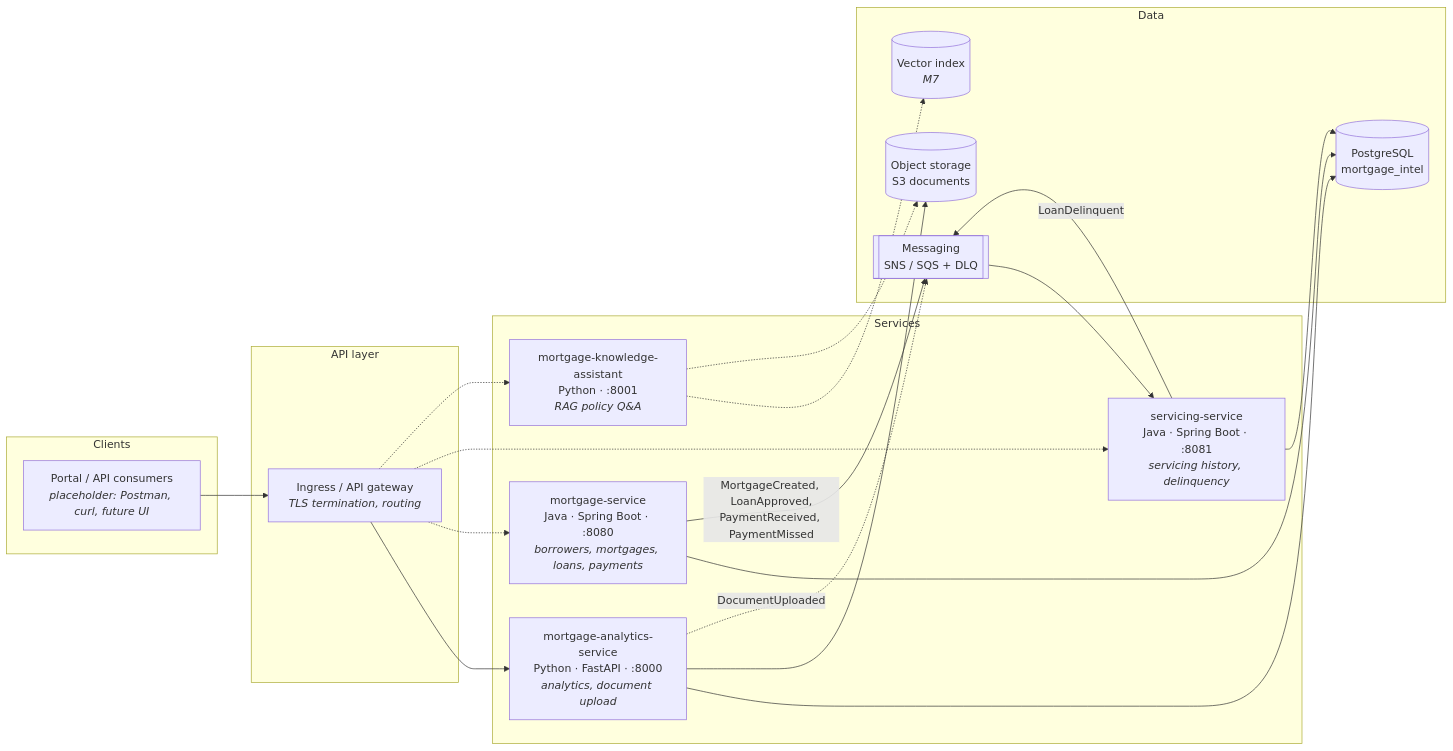
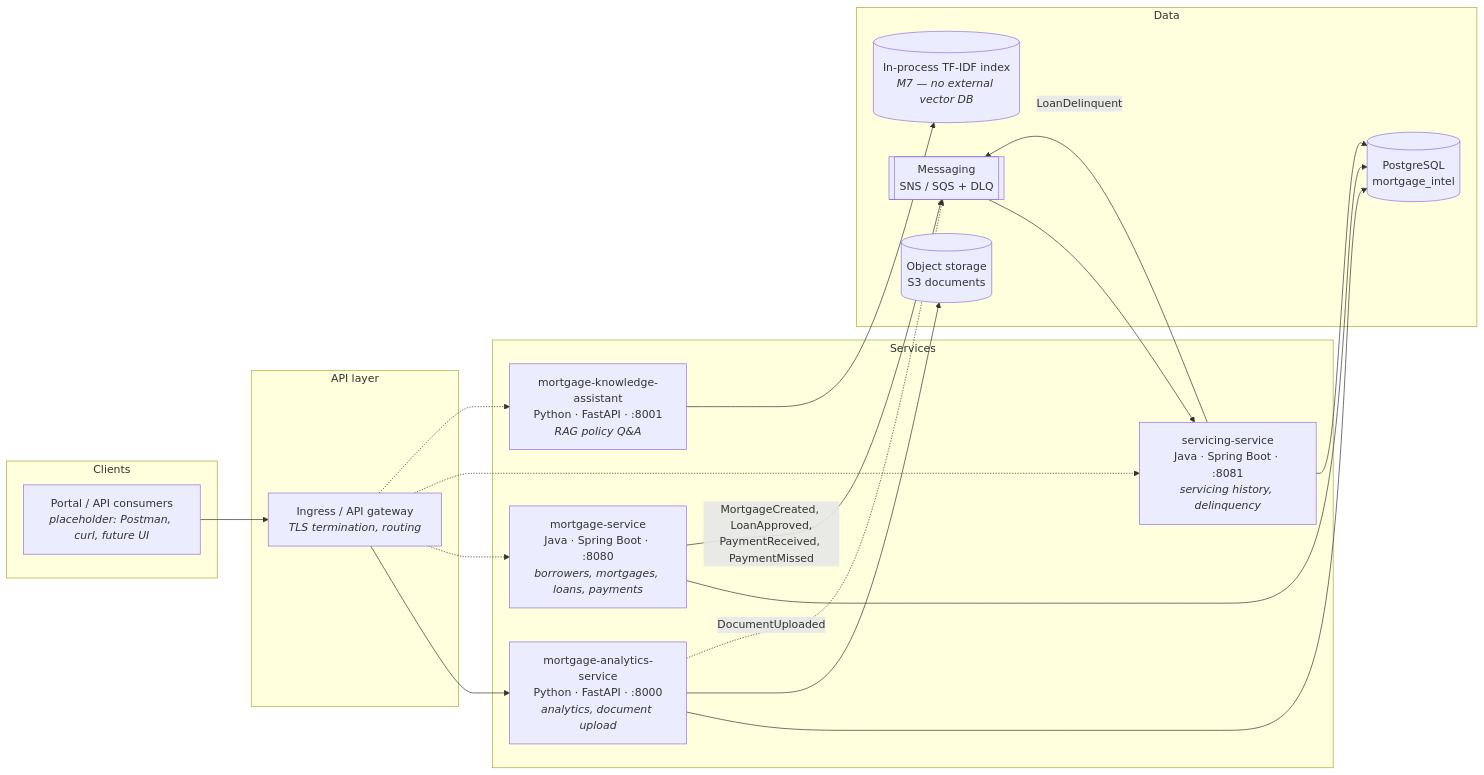
One commit to jeevssx/mortgage-intelligence-platform changed the diagram in docs/architecture/application-architecture.md. Above: the diagram before and after it, drawn with Mermaid. The commit also changed other lines of this file and 4 other files, not shown here.

First line of the commit message:
docs(m7): wire ai-assistant into compose/CI, update architecture docs

````diff
--- a/docs/architecture/application-architecture.md
+++ b/docs/architecture/application-architecture.md
@@ -5,41 +5,40 @@
 ```mermaid
 flowchart LR
     subgraph Clients
         PORTAL[Portal / API consumers<br/><i>placeholder: Postman, curl, future UI</i>]
     end
 
     subgraph API["API layer"]
         GW[Ingress / API gateway<br/><i>TLS termination, routing</i>]
     end
 
     subgraph Services
         MS[mortgage-service<br/>Java · Spring Boot · :8080<br/><i>borrowers, mortgages, loans, payments</i>]
         SS[servicing-service<br/>Java · Spring Boot · :8081<br/><i>servicing history, delinquency</i>]
         AS[mortgage-analytics-service<br/>Python · FastAPI · :8000<br/><i>analytics, document upload</i>]
-        AI[mortgage-knowledge-assistant<br/>Python · :8001<br/><i>RAG policy Q&A</i>]
+        AI[mortgage-knowledge-assistant<br/>Python · FastAPI · :8001<br/><i>RAG policy Q&A</i>]
     end
 
     subgraph Data
         PG[(PostgreSQL<br/>mortgage_intel)]
         S3[(Object storage<br/>S3 documents)]
         MQ[[Messaging<br/>SNS / SQS + DLQ]]
-        VS[(Vector index<br/><i>M7</i>)]
+        VS[(In-process TF-IDF index<br/><i>M7 — no external vector DB</i>)]
     end
 
     PORTAL --> GW
     GW --> AS
     GW -.-> MS
     GW -.-> SS
     GW -.-> AI
 
     AS --> PG
     AS --> S3
     AS -.->|DocumentUploaded| MQ
     MS --> PG
     SS --> PG
     MS -->|MortgageCreated, LoanApproved,<br/>PaymentReceived, PaymentMissed| MQ
     MQ --> SS
     SS -->|LoanDelinquent| MQ
-    AI -.-> VS
-    AI -.-> S3
+    AI --> VS
 ```
````
